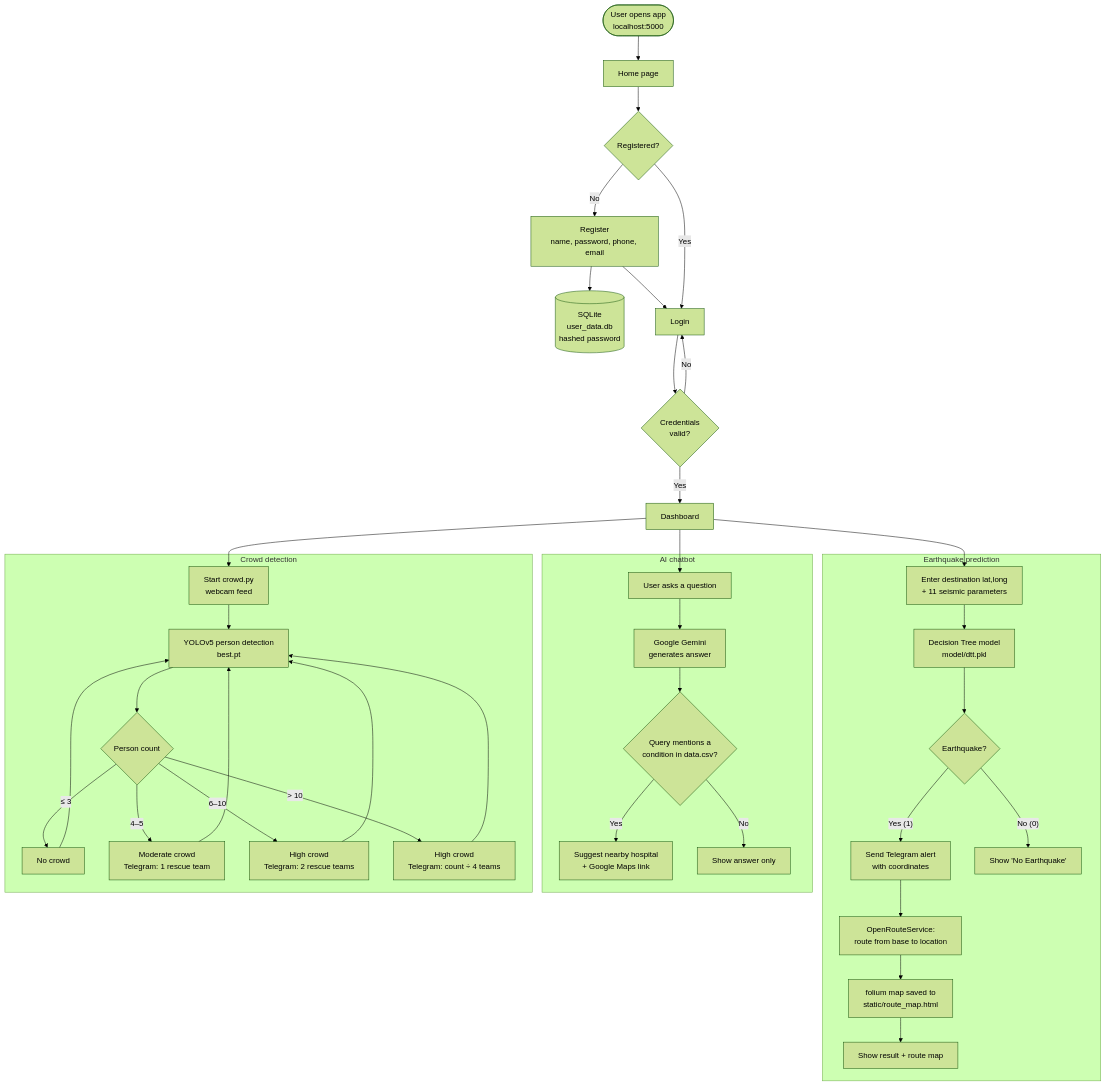
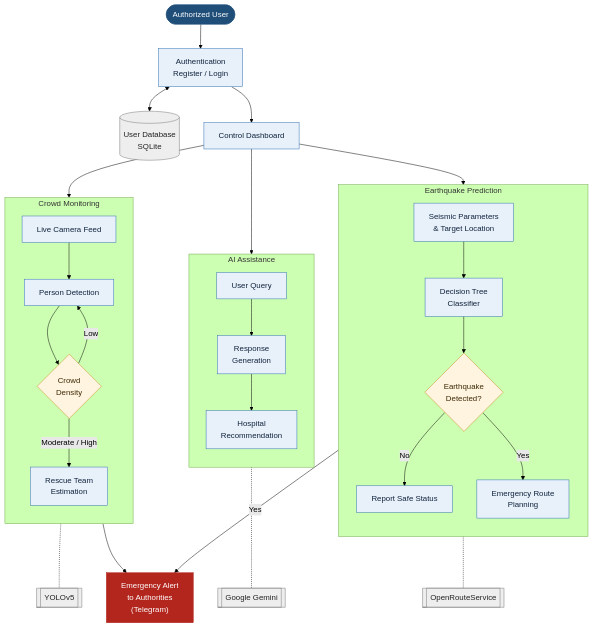
The diagram in README.md (hbhat-b/disaster-response-system), drawn with Mermaid (forest theme) before and after one commit. The commit also changed other lines of this file, not shown here.

Commit message:
Refine workflow diagram

````diff
--- a/README.md
+++ b/README.md
@@ -41,43 +41,52 @@
 ```mermaid
 flowchart TD
-    A([User opens app<br/>localhost:5000]) --> B["Home page"]
-    B --> C{"Registered?"}
-    C -- No --> D["Register<br/>name, password, phone, email"]
-    D --> E[("SQLite<br/>user_data.db<br/>hashed password")]
-    D --> F
-    C -- Yes --> F["Login"]
-    F --> G{"Credentials<br/>valid?"}
-    G -- No --> F
-    G -- Yes --> H["Dashboard"]
+    USER([Authorized User]) --> AUTH["Authentication<br/>Register / Login"]
+    AUTH <--> DB[("User Database<br/>SQLite")]
+    AUTH --> DASH["Control Dashboard"]
 
-    H --> P1
-    H --> C1
-    H --> R1
+    DASH --> EQ1
+    DASH --> AI1
+    DASH --> CM1
 
-    subgraph PRED ["Earthquake prediction"]
-        P1["Enter destination lat,long<br/>+ 11 seismic parameters"] --> P2["Decision Tree model<br/>model/dtt.pkl"]
-        P2 --> P3{"Earthquake?"}
-        P3 -- "Yes (1)" --> P4["Send Telegram alert<br/>with coordinates"]
-        P4 --> P5["OpenRouteService:<br/>route from base to location"]
-        P5 --> P6["folium map saved to<br/>static/route_map.html"]
-        P6 --> P7["Show result + route map"]
-        P3 -- "No (0)" --> P8["Show 'No Earthquake'"]
+    subgraph EQ ["Earthquake Prediction"]
+        direction TB
+        EQ1["Seismic Parameters<br/>& Target Location"] --> EQ2["Decision Tree<br/>Classifier"]
+        EQ2 --> EQ3{"Earthquake<br/>Detected?"}
+        EQ3 -- No --> EQ4["Report Safe Status"]
+        EQ3 -- Yes --> EQ5["Emergency Route<br/>Planning"]
     end
 
-    subgraph CHAT ["AI chatbot"]
-        C1["User asks a question"] --> C2["Google Gemini<br/>generates answer"]
-        C2 --> C3{"Query mentions a<br/>condition in data.csv?"}
-        C3 -- Yes --> C4["Suggest nearby hospital<br/>+ Google Maps link"]
-        C3 -- No --> C5["Show answer only"]
+    subgraph AI ["AI Assistance"]
+        direction TB
+        AI1["User Query"] --> AI2["Response<br/>Generation"]
+        AI2 --> AI3["Hospital<br/>Recommendation"]
     end
 
-    subgraph CROWD ["Crowd detection"]
-        R1["Start crowd.py<br/>webcam feed"] --> R2["YOLOv5 person detection<br/>best.pt"]
-        R2 --> R3{"Person count"}
-        R3 -- "≤ 3" --> R4["No crowd"]
-        R3 -- "4–5" --> R5["Moderate crowd<br/>Telegram: 1 rescue team"]
-        R3 -- "6–10" --> R6["High crowd<br/>Telegram: 2 rescue teams"]
-        R3 -- "> 10" --> R7["High crowd<br/>Telegram: count ÷ 4 teams"]
-        R4 & R5 & R6 & R7 --> R2
+    subgraph CM ["Crowd Monitoring"]
+        direction TB
+        CM1["Live Camera Feed"] --> CM2["Person Detection"]
+        CM2 --> CM3{"Crowd<br/>Density"}
+        CM3 -- Low --> CM2
+        CM3 -- "Moderate / High" --> CM4["Rescue Team<br/>Estimation"]
     end
+
+    EQ5 -.- ORS[["OpenRouteService"]]
+    AI2 -.- GEM[["Google Gemini"]]
+    CM2 -.- YOLO[["YOLOv5"]]
+
+    EQ3 -- Yes --> ALERT
+    CM4 --> ALERT
+    ALERT["Emergency Alert<br/>to Authorities<br/>(Telegram)"]
+
+    classDef user fill:#1f4e79,stroke:#1f4e79,color:#ffffff
+    classDef process fill:#e8f0fa,stroke:#2f6fb3,color:#10243d
+    classDef decision fill:#fff4e0,stroke:#c98a1b,color:#3d2a06
+    classDef external fill:#eeeeee,stroke:#777777,color:#222222
+    classDef alert fill:#b3261e,stroke:#b3261e,color:#ffffff
+
+    class USER user
+    class AUTH,DASH,EQ1,EQ2,EQ4,EQ5,AI1,AI2,AI3,CM1,CM2,CM4 process
+    class EQ3,CM3 decision
+    class DB,ORS,GEM,YOLO external
+    class ALERT alert
 ```
````
